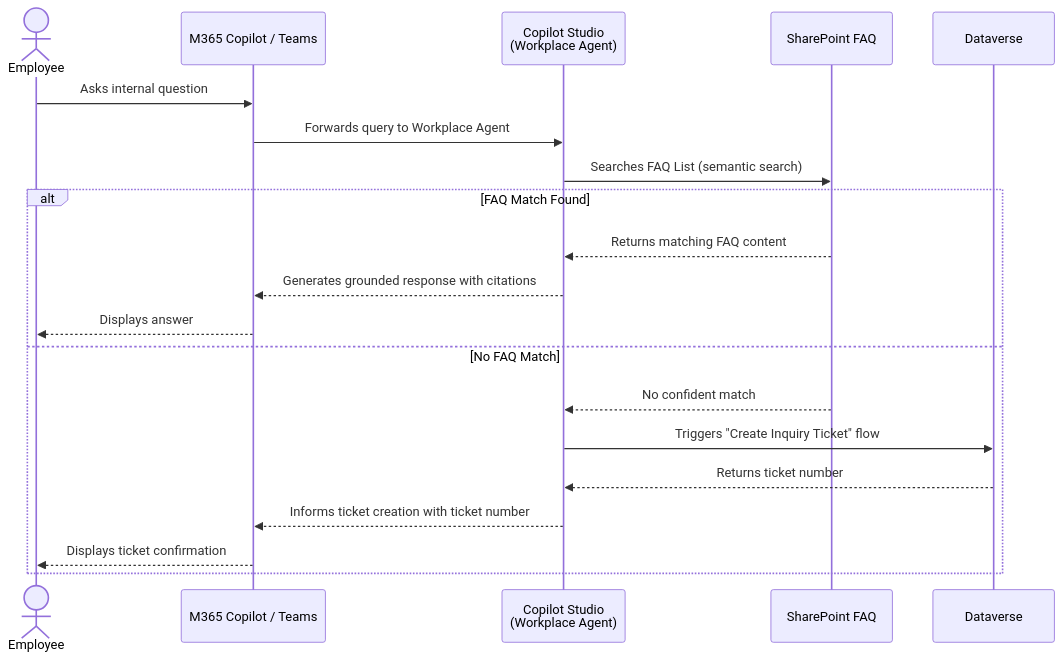
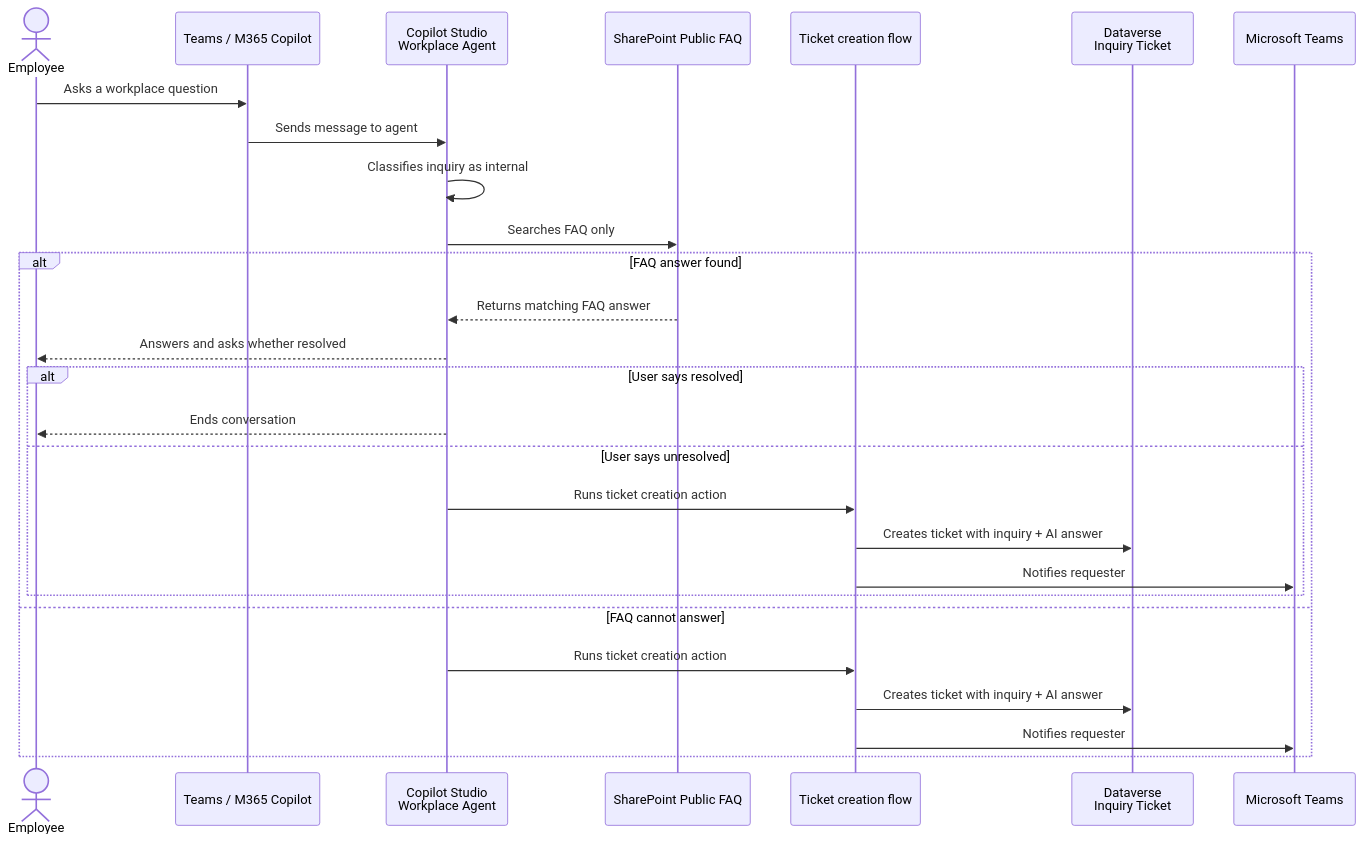
The second of 4 diagrams in 01-scenarios/Workplace-Agent/2.Architecture.md (microsoft/ai-agent-runbooks), drawn with Mermaid before and after one commit. The commit also changed other lines of this file, not shown here.

First line of the commit message:
Revise Workplace Agent architecture and data flow

````diff
--- a/01-scenarios/Workplace-Agent/2.Architecture.md
+++ b/01-scenarios/Workplace-Agent/2.Architecture.md
@@ -102,24 +111,31 @@
 ```mermaid
 sequenceDiagram
     actor Employee as Employee
-    participant M365 as M365 Copilot / Teams
-    participant CS as Copilot Studio<br/>(Workplace Agent)
-    participant SP as SharePoint FAQ
-    participant DV as Dataverse
+    participant Channel as Teams / M365 Copilot
+    participant Agent as Copilot Studio<br/>Workplace Agent
+    participant FAQ as SharePoint Public FAQ
+    participant Flow as Ticket creation flow
+    participant DV as Dataverse<br/>Inquiry Ticket
+    participant Teams as Microsoft Teams
 
-    Employee->>M365: Asks internal question
-    M365->>CS: Forwards query to Workplace Agent
-    CS->>SP: Searches FAQ List (semantic search)
+    Employee->>Channel: Asks a workplace question
+    Channel->>Agent: Sends message to agent
+    Agent->>Agent: Classifies inquiry as internal
+    Agent->>FAQ: Searches FAQ only
 
-    alt FAQ Match Found
-        SP-->>CS: Returns matching FAQ content
-        CS-->>M365: Generates grounded response with citations
-        M365-->>Employee: Displays answer
-    else No FAQ Match
-        SP-->>CS: No confident match
-        CS->>DV: Triggers "Create Inquiry Ticket" flow
-        DV-->>CS: Returns ticket number
-        CS-->>M365: Informs ticket creation with ticket number
-        M365-->>Employee: Displays ticket confirmation
+    alt FAQ answer found
+        FAQ-->>Agent: Returns matching FAQ answer
+        Agent-->>Employee: Answers and asks whether resolved
+        alt User says resolved
+            Agent-->>Employee: Ends conversation
+        else User says unresolved
+            Agent->>Flow: Runs ticket creation action
+            Flow->>DV: Creates ticket with inquiry + AI answer
+            Flow->>Teams: Notifies requester
+        end
+    else FAQ cannot answer
+        Agent->>Flow: Runs ticket creation action
+        Flow->>DV: Creates ticket with inquiry + AI answer
+        Flow->>Teams: Notifies requester
     end
 ```
````
